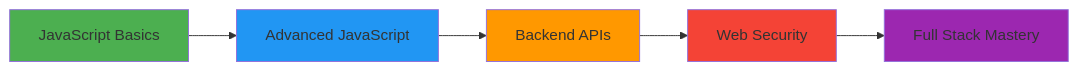
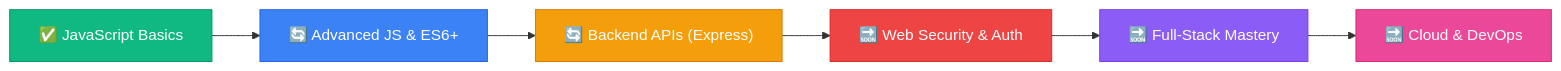
One commit to ankushkumarake1234-lang/ankushkumarake1234-lang changed the diagram in README.md. Above: the diagram before and after it, drawn with Mermaid. The commit also changed other lines of this file, not shown here.

````diff
--- a/README.md
+++ b/README.md
@@ -304,13 +421,15 @@
 ```mermaid
 graph LR
-    A[JavaScript Basics] --> B[Advanced JavaScript]
-    B --> C[Backend APIs]
-    C --> D[Web Security]
-    D --> E[Full Stack Mastery]
-    
-    style A fill:#4CAF50
-    style B fill:#2196F3
-    style C fill:#FF9800
-    style D fill:#F44336
-    style E fill:#9C27B0
+    A["✅ JavaScript Basics"] --> B["🔄 Advanced JS & ES6+"]
+    B --> C["🔄 Backend APIs (Express)"]
+    C --> D["🔜 Web Security & Auth"]
+    D --> E["🔜 Full-Stack Mastery"]
+    E --> F["🔜 Cloud & DevOps"]
+
+    style A fill:#10B981,stroke:#059669,color:#fff
+    style B fill:#3B82F6,stroke:#2563EB,color:#fff
+    style C fill:#F59E0B,stroke:#D97706,color:#fff
+    style D fill:#EF4444,stroke:#DC2626,color:#fff
+    style E fill:#8B5CF6,stroke:#7C3AED,color:#fff
+    style F fill:#EC4899,stroke:#DB2777,color:#fff
 ```
````
